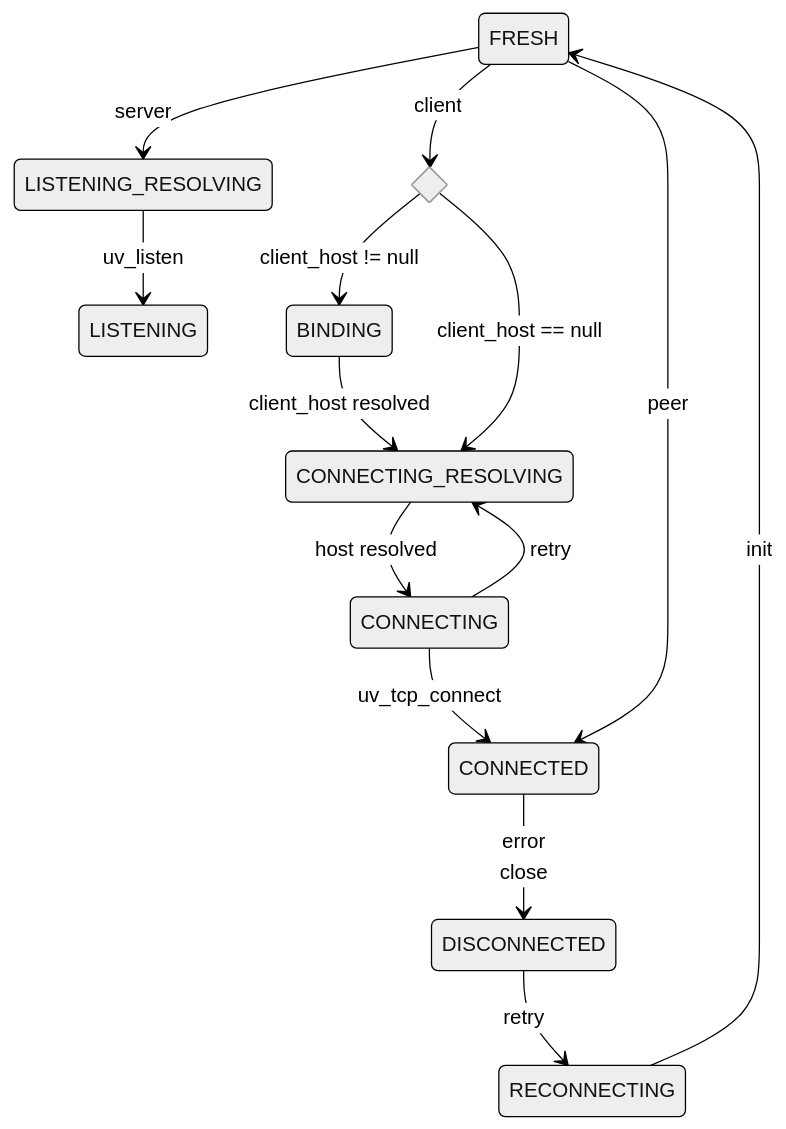
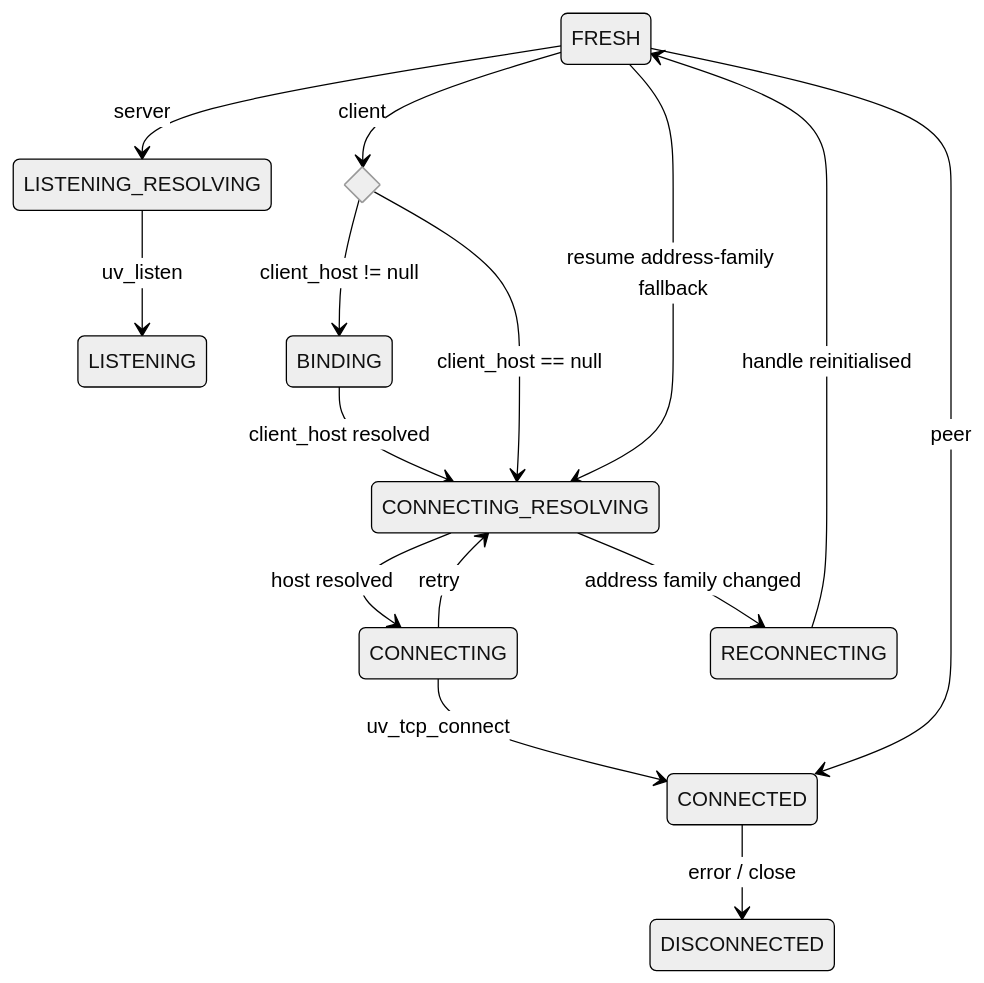
The third of 3 diagrams in doc/architecture/tcp_internals.rst (microsoft/CCF), drawn with Mermaid (neutral theme) before and after one commit. The commit also changed other lines of this file and 8 other files, not shown here.

```diff
--- a/doc/architecture/tcp_internals.rst
+++ b/doc/architecture/tcp_internals.rst
@@ -73,27 +66,20 @@
 .. mermaid::
 
     stateDiagram-v2
-        %% Server side
         FRESH --> LISTENING_RESOLVING : server
         LISTENING_RESOLVING --> LISTENING : uv_listen
 
-        %% Client side
         state client_host <<choice>>
         FRESH --> client_host : client
         client_host --> BINDING : client_host != null
-
         BINDING --> CONNECTING_RESOLVING : client_host resolved
-
         client_host --> CONNECTING_RESOLVING : client_host == null
         CONNECTING_RESOLVING --> CONNECTING : host resolved
-
+        CONNECTING_RESOLVING --> RECONNECTING : address family changed
+        RECONNECTING --> FRESH : handle reinitialised
+        FRESH --> CONNECTING_RESOLVING : resume address-family fallback
         CONNECTING --> CONNECTING_RESOLVING : retry
         CONNECTING --> CONNECTED : uv_tcp_connect
 
-        %% Peer side
         FRESH --> CONNECTED : peer
-
-        %% Disconnect / reconnect
-        CONNECTED --> DISCONNECTED : error<br>close
-        DISCONNECTED --> RECONNECTING : retry
-        RECONNECTING --> FRESH : init
+        CONNECTED --> DISCONNECTED : error / close
```
